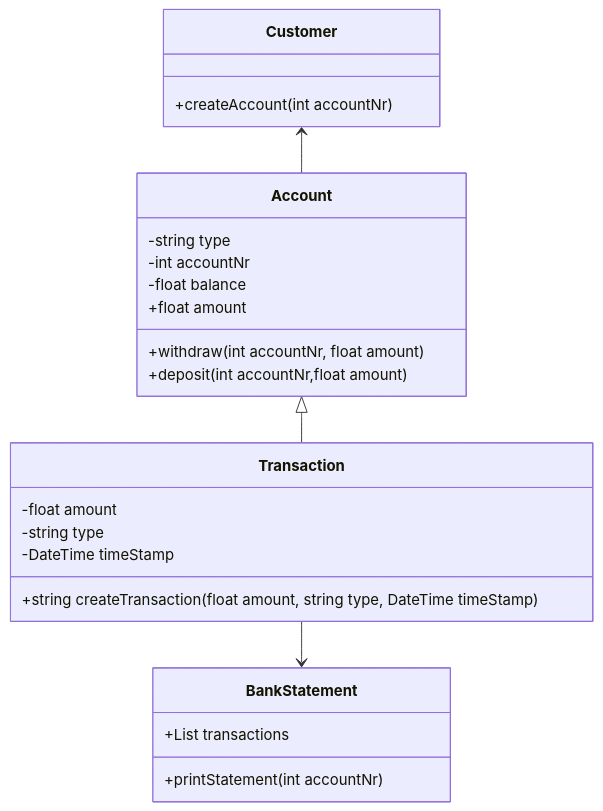
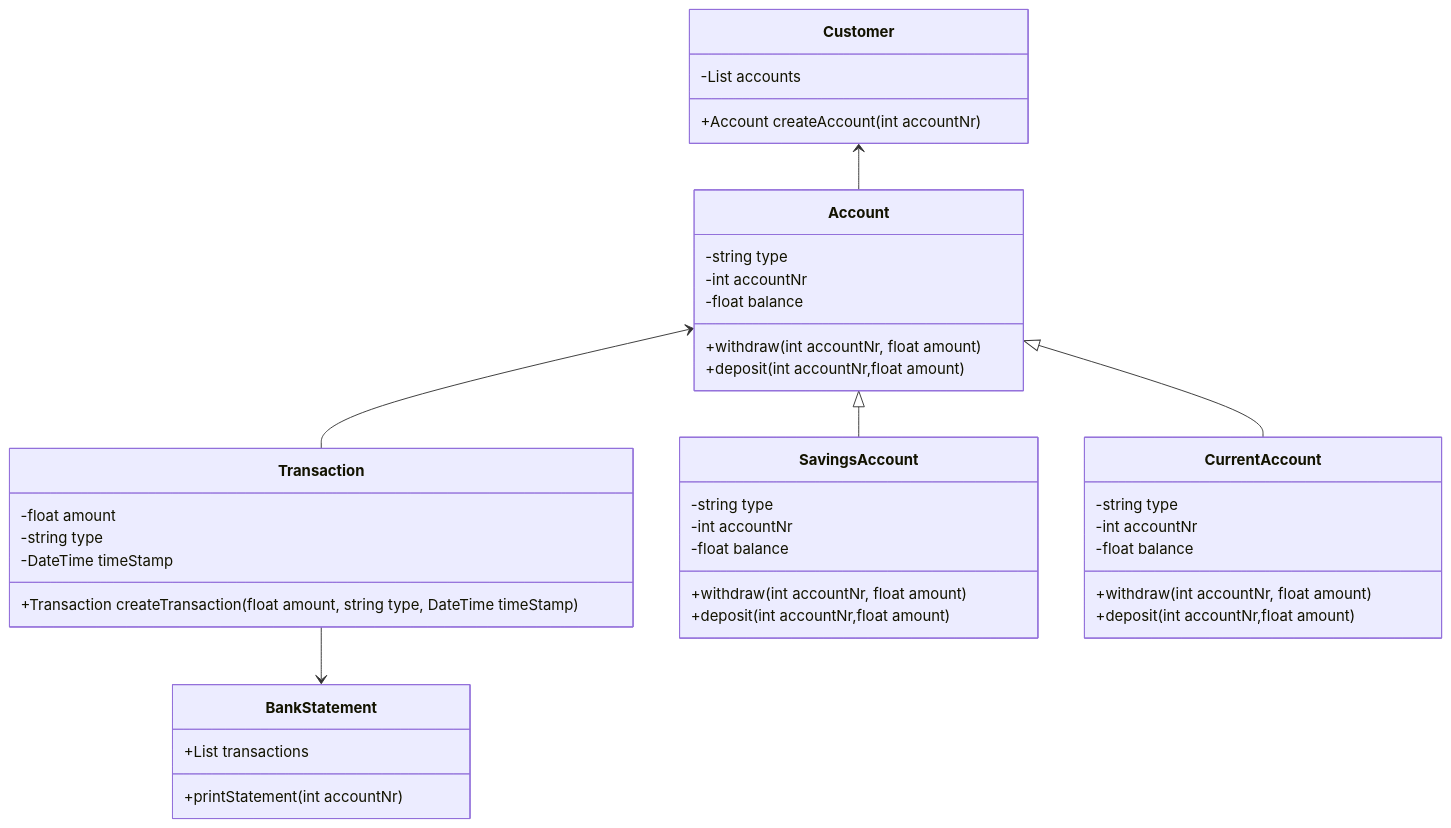
One commit to boolean-uk/csharp-tdd-oop-bank-challenge changed the diagram in classDiagram.mmd. Above: the diagram before and after it, drawn with Mermaid. The commit also changed 2 other files, not shown here.

Commit message:
Updated classdiagram and domain model

```diff
--- a/classDiagram.mmd
+++ b/classDiagram.mmd
@@ -1,28 +1,43 @@
 classDiagram
 
     Customer <-- Account
     Transaction --> BankStatement
-    Account <|-- Transaction
-    
+    Account <-- Transaction
+    Account <|-- SavingsAccount
+    Account <|-- CurrentAccount
     class Customer {
-        +createAccount(int accountNr)
+        -List<Account> accounts
+        +Account createAccount(int accountNr)
     }
 
     class Account{
         -string type
         -int accountNr
         -float balance
-        +float amount
+        +withdraw(int accountNr, float amount)
+        +deposit(int accountNr,float amount)
+    }
+    class CurrentAccount{
+        -string type
+        -int accountNr
+        -float balance
+        +withdraw(int accountNr, float amount)
+        +deposit(int accountNr,float amount)
+    }
+    class SavingsAccount{
+        -string type
+        -int accountNr
+        -float balance
         +withdraw(int accountNr, float amount)
         +deposit(int accountNr,float amount)
     }
     class Transaction{
         -float amount
         -string type
         -DateTime timeStamp
-        +string createTransaction(float amount, string type, DateTime timeStamp)
+        +Transaction createTransaction(float amount, string type, DateTime timeStamp)
     }
     class BankStatement{
         +List<Transaction> transactions
         +printStatement(int accountNr)
     }
```
